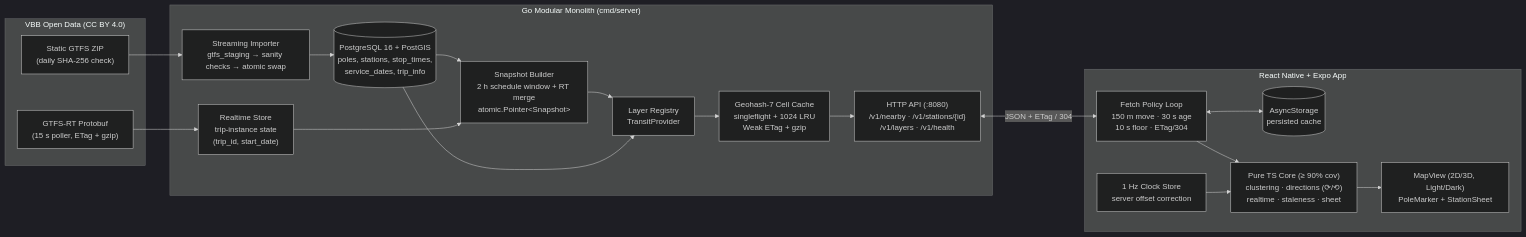
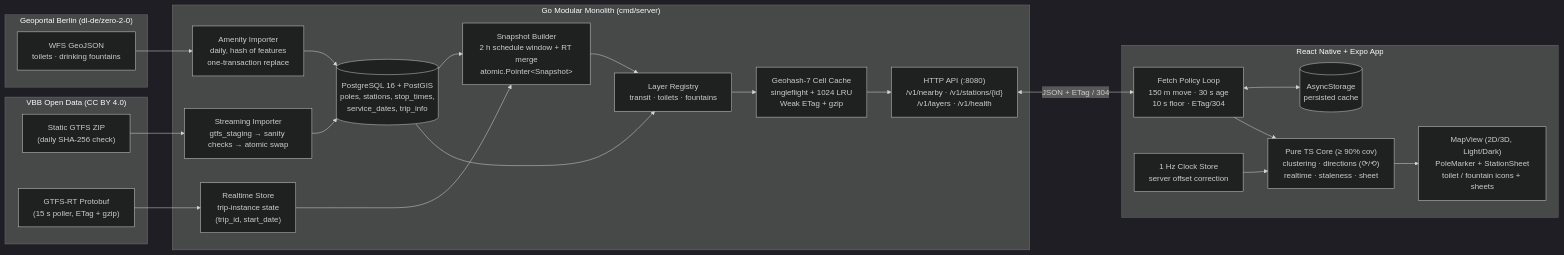
One commit to 256-byte/punktchen changed the diagram in README.md. Above: the diagram before and after it, drawn with Mermaid (dark theme). The commit also changed other lines of this file and 54 other files, not shown here.

First line of the commit message:
[9] public toilets and drinking fountains layers (#60)

````diff
--- a/README.md
+++ b/README.md
@@ -30,36 +29,42 @@
 ```mermaid
 flowchart LR
   subgraph Upstream["VBB Open Data (CC BY 4.0)"]
     GTFS["Static GTFS ZIP<br/>(daily SHA-256 check)"]
     RT["GTFS-RT Protobuf<br/>(15 s poller, ETag + gzip)"]
   end
 
+  subgraph Geoportal["Geoportal Berlin (dl-de/zero-2-0)"]
+    WFS["WFS GeoJSON<br/>toilets · drinking fountains"]
+  end
+
   subgraph Backend["Go Modular Monolith (cmd/server)"]
     Importer["Streaming Importer<br/>gtfs_staging → sanity checks → atomic swap"]
     DB[("PostgreSQL 16 + PostGIS<br/>poles, stations, stop_times,<br/>service_dates, trip_info")]
     RTStore["Realtime Store<br/>trip-instance state<br/>(trip_id, start_date)"]
     Builder["Snapshot Builder<br/>2 h schedule window + RT merge<br/>atomic.Pointer&lt;Snapshot&gt;"]
-    Registry["Layer Registry<br/>TransitProvider"]
+    Amenities["Amenity Importer<br/>daily, hash of features<br/>one-transaction replace"]
+    Registry["Layer Registry<br/>transit · toilets · fountains"]
     Cache["Geohash-7 Cell Cache<br/>singleflight + 1024 LRU<br/>Weak ETag + gzip"]
     API["HTTP API (:8080)<br/>/v1/nearby · /v1/stations/{id}<br/>/v1/layers · /v1/health"]
   end
 
   subgraph Mobile["React Native + Expo App"]
     FetchLoop["Fetch Policy Loop<br/>150 m move · 30 s age<br/>10 s floor · ETag/304"]
     Storage[("AsyncStorage<br/>persisted cache")]
     Clock["1 Hz Clock Store<br/>server offset correction"]
     Core["Pure TS Core (≥ 90% cov)<br/>clustering · directions (⟳/⟲)<br/>realtime · staleness · sheet"]
-    UI["MapView (2D/3D, Light/Dark)<br/>PoleMarker + StationSheet"]
+    UI["MapView (2D/3D, Light/Dark)<br/>PoleMarker + StationSheet<br/>toilet / fountain icons + sheets"]
   end
 
   GTFS --> Importer --> DB
+  WFS --> Amenities --> DB
   DB --> Builder
   RT --> RTStore --> Builder
   Builder --> Registry
   DB --> Registry
   Registry --> Cache --> API
   API <-->|"JSON + ETag / 304"| FetchLoop
   FetchLoop <--> Storage
   FetchLoop --> Core
   Clock --> Core --> UI
 ```
````
